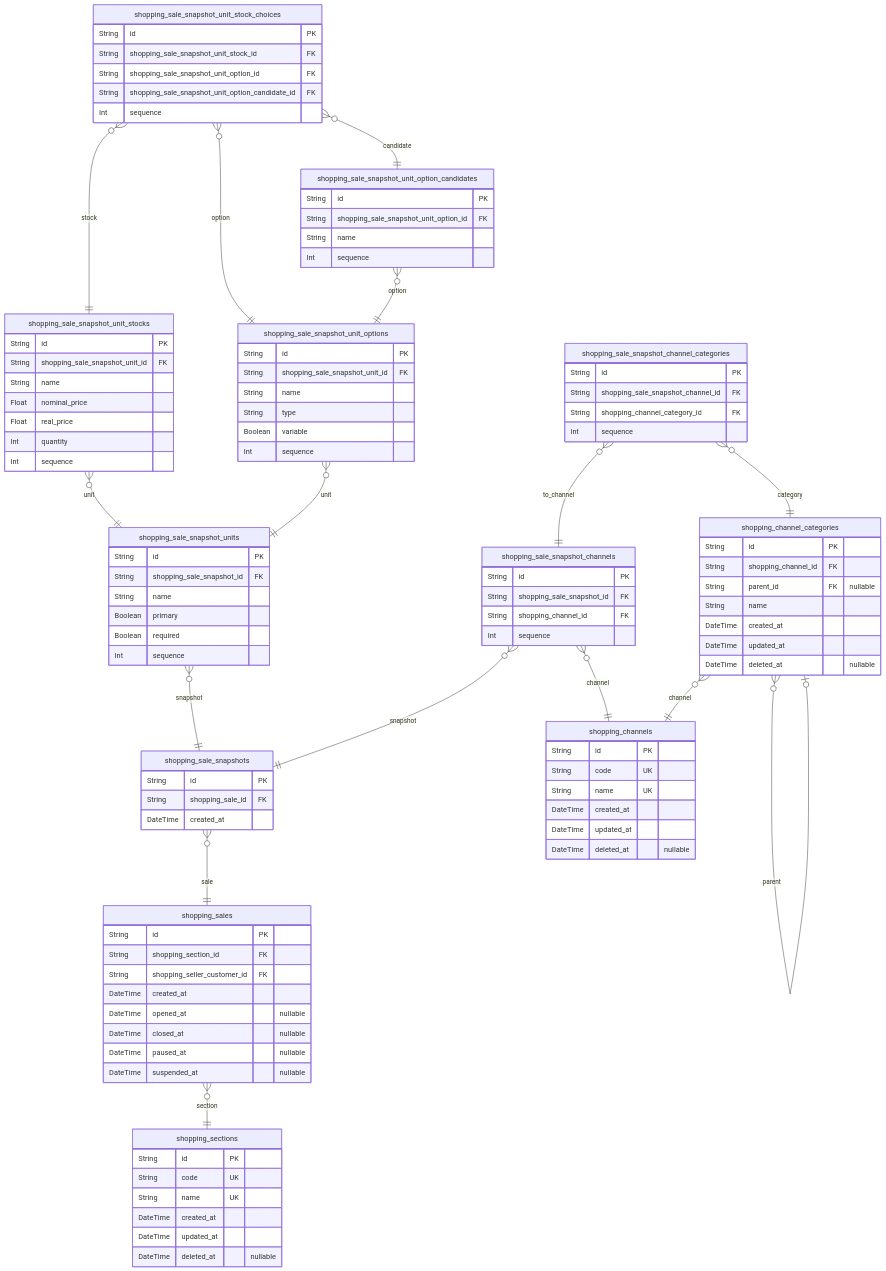
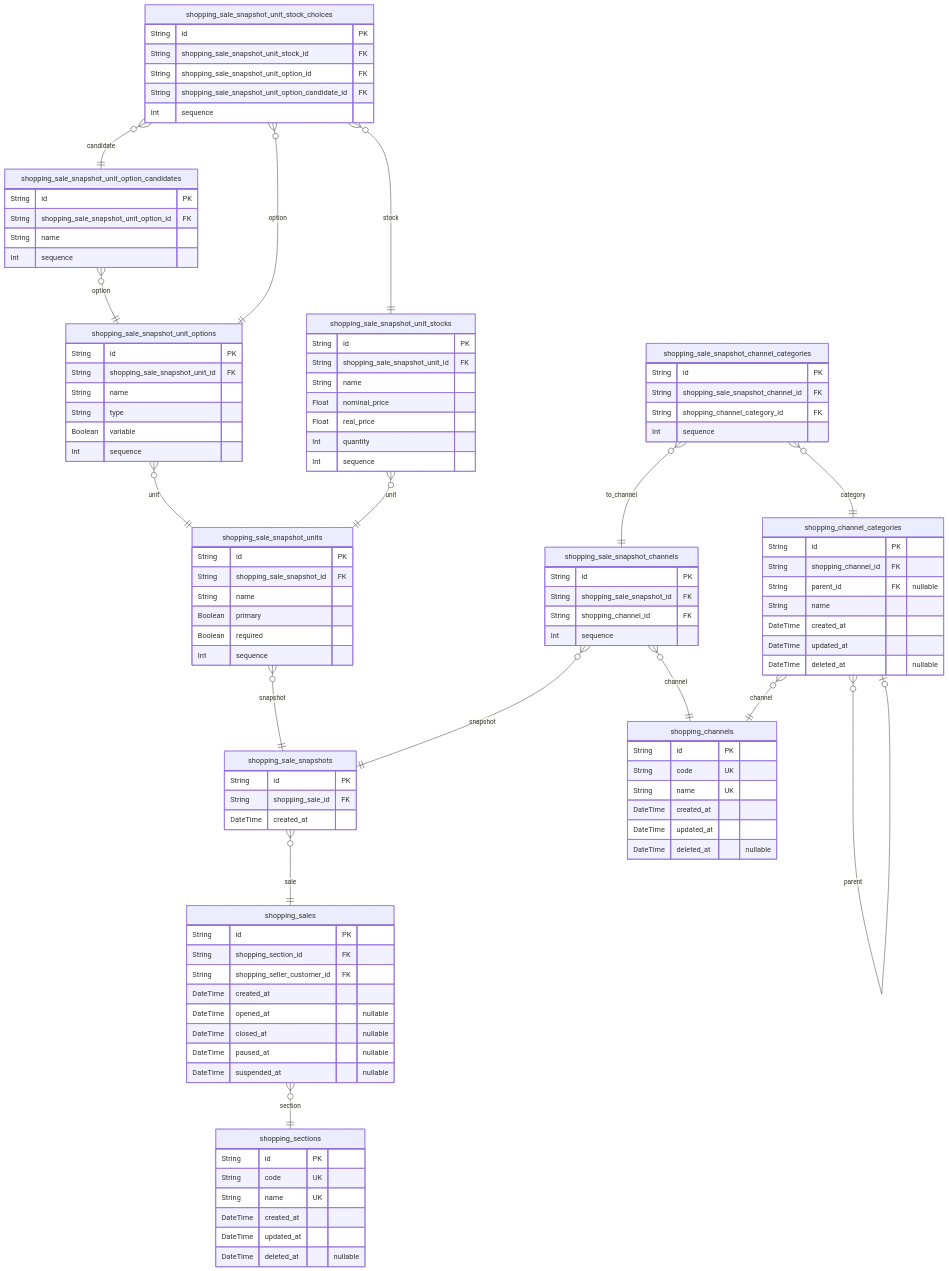
The fourth of 10 diagrams in docs/ERD.md (samchon/shopping-backend), drawn with Mermaid before and after one commit. The commit also changed other lines of this file and 1 other file, not shown here.

```diff
--- a/docs/ERD.md
+++ b/docs/ERD.md
@@ -735,12 +735,6 @@
     String id PK
     String shopping_sale_id FK
     DateTime created_at
-}
-"shopping_sale_snapshot_channels" {
-    String id PK
-    String shopping_sale_snapshot_id FK
-    String shopping_channel_id FK
-    Int sequence
 }
 "shopping_sale_snapshot_units" {
     String id PK
@@ -780,6 +774,12 @@
     String shopping_sale_snapshot_unit_option_candidate_id FK
     Int sequence
 }
+"shopping_sale_snapshot_channels" {
+    String id PK
+    String shopping_sale_snapshot_id FK
+    String shopping_channel_id FK
+    Int sequence
+}
 "shopping_sale_snapshot_channel_categories" {
     String id PK
     String shopping_sale_snapshot_channel_id FK
@@ -813,8 +813,6 @@
 }
 "shopping_sales" }o--|| "shopping_sections" : section
 "shopping_sale_snapshots" }o--|| "shopping_sales" : sale
-"shopping_sale_snapshot_channels" }o--|| "shopping_sale_snapshots" : snapshot
-"shopping_sale_snapshot_channels" }o--|| "shopping_channels" : channel
 "shopping_sale_snapshot_units" }o--|| "shopping_sale_snapshots" : snapshot
 "shopping_sale_snapshot_unit_options" }o--|| "shopping_sale_snapshot_units" : unit
 "shopping_sale_snapshot_unit_option_candidates" }o--|| "shopping_sale_snapshot_unit_options" : option
@@ -822,6 +820,8 @@
 "shopping_sale_snapshot_unit_stock_choices" }o--|| "shopping_sale_snapshot_unit_stocks" : stock
 "shopping_sale_snapshot_unit_stock_choices" }o--|| "shopping_sale_snapshot_unit_options" : option
 "shopping_sale_snapshot_unit_stock_choices" }o--|| "shopping_sale_snapshot_unit_option_candidates" : candidate
+"shopping_sale_snapshot_channels" }o--|| "shopping_sale_snapshots" : snapshot
+"shopping_sale_snapshot_channels" }o--|| "shopping_channels" : channel
 "shopping_sale_snapshot_channel_categories" }o--|| "shopping_sale_snapshot_channels" : to_channel
 "shopping_sale_snapshot_channel_categories" }o--|| "shopping_channel_categories" : category
 "shopping_channel_categories" }o--|| "shopping_channels" : channel
```
